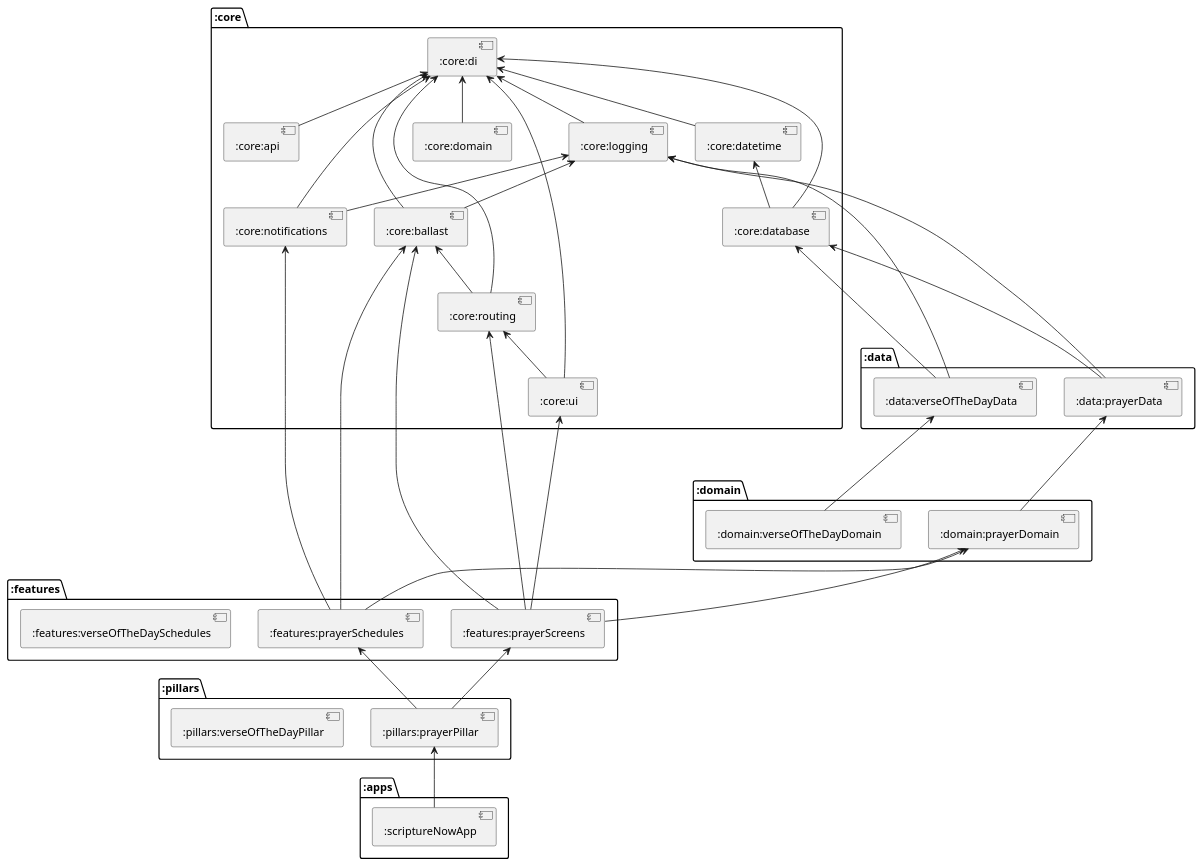
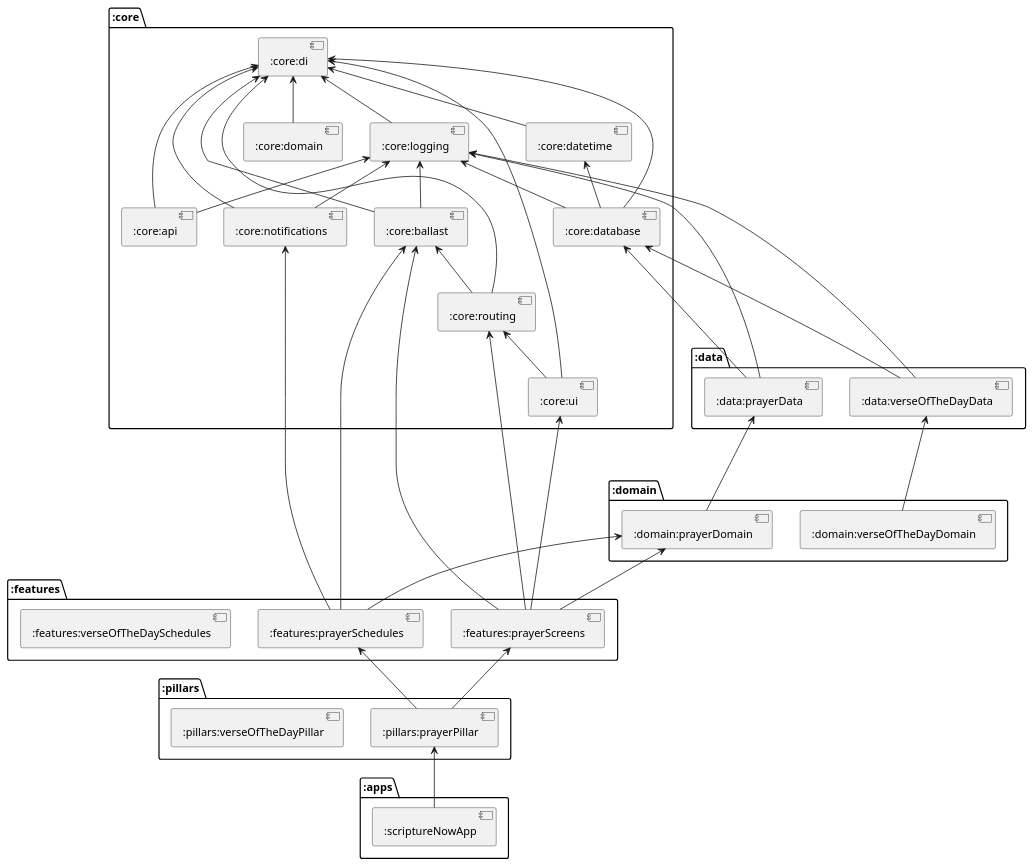
The diagram in dependencyGraph.puml (cjbrooks12/scripture-apps), drawn with PlantUML before and after one commit. The commit also changed 70 other files, not shown here.

```diff
--- a/dependencyGraph.puml
+++ b/dependencyGraph.puml
@@ -1,86 +1,88 @@
 @startuml
 
 ' Define components for all Gradle modules
 package ":core" {
     component [:core:api] as coreApi
     component [:core:ballast] as coreBallast
     component [:core:database] as coreDatabase
     component [:core:datetime] as coreDatetime
     component [:core:di] as coreDi
     component [:core:domain] as coreDomain
     component [:core:logging] as coreLogging
     component [:core:notifications] as coreNotifications
     component [:core:routing] as coreRouting
     component [:core:ui] as coreUi
 }
 
 package ":data" {
     component [:data:prayerData] as prayerData
     component [:data:verseOfTheDayData] as verseOfTheDayData
 }
 
 package ":domain" {
     component [:domain:prayerDomain] as prayerDomain
     component [:domain:verseOfTheDayDomain] as verseOfTheDayDomain
 }
 
 package ":features" {
     'component [:features:bible] as bibleFeature
     'component [:features:foryou] as foryouFeature
     component [:features:prayerSchedules] as prayerSchedulesFeature
     component [:features:prayerScreens] as prayerScreensFeature
     'component [:features:prayerWidgets] as prayerWidgetsFeature
     'component [:features:scriptureMemory] as scriptureMemoryFeature
     'component [:features:settings] as settingsFeature
     'component [:features:topicalBible] as topicalBibleFeature
     component [:features:verseOfTheDaySchedules] as verseOfTheDaySchedulesFeature
 }
 
 package ":pillars" {
     component [:pillars:prayerPillar] as prayerPillar
     component [:pillars:verseOfTheDayPillar] as verseOfTheDayPillar
 }
 
 package ":apps" {
     component [:scriptureNowApp] as scriptureNowApp
 }
 
 ' Define connections between modules
 coreDi <-- coreApi
 coreDi <-- coreBallast
 coreDi <-- coreDatabase
 coreDi <-- coreDatetime
 coreDi <-- coreDomain
 coreDi <-- coreLogging
 coreDi <-- coreNotifications
 coreDi <-- coreRouting
 coreDi <-- coreUi
 coreDatetime <-- coreDatabase
 coreBallast <-- coreRouting
 coreRouting <-- coreUi
+coreLogging <-- coreApi
+coreLogging <-- coreDatabase
 coreLogging <-- coreBallast
 coreLogging <-- coreNotifications
 
 coreDatabase <--- prayerData
 coreLogging <--- prayerData
 coreDatabase <--- verseOfTheDayData
 coreLogging <--- verseOfTheDayData
 
 prayerData <--- prayerDomain
 verseOfTheDayData <--- verseOfTheDayDomain
 
 coreBallast <-- prayerSchedulesFeature
 coreNotifications <-- prayerSchedulesFeature
 prayerDomain <-- prayerSchedulesFeature
 
 coreBallast <-- prayerScreensFeature
 coreRouting <-- prayerScreensFeature
 coreUi <-- prayerScreensFeature
 prayerDomain <-- prayerScreensFeature
 
 prayerScreensFeature <-- prayerPillar
 prayerSchedulesFeature <-- prayerPillar
 
 prayerPillar <-- scriptureNowApp
 
 @enduml
```
